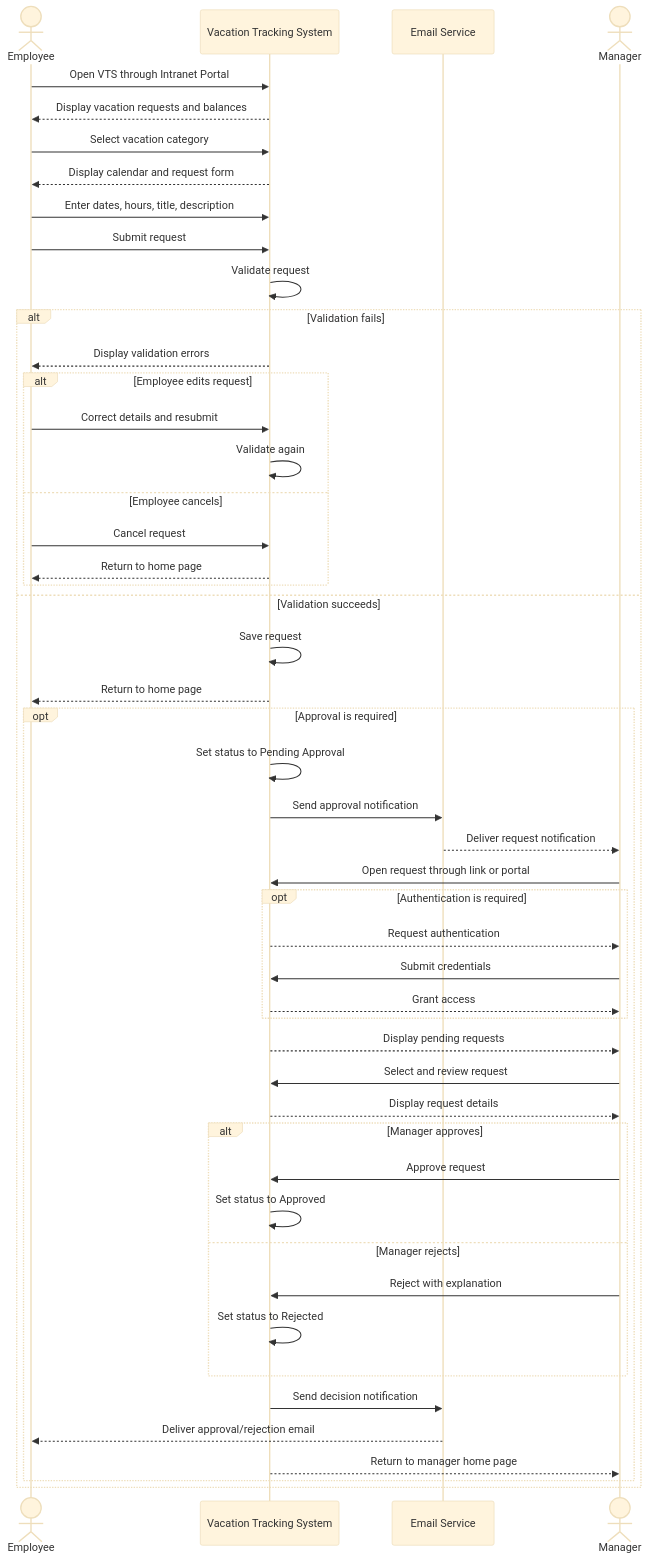
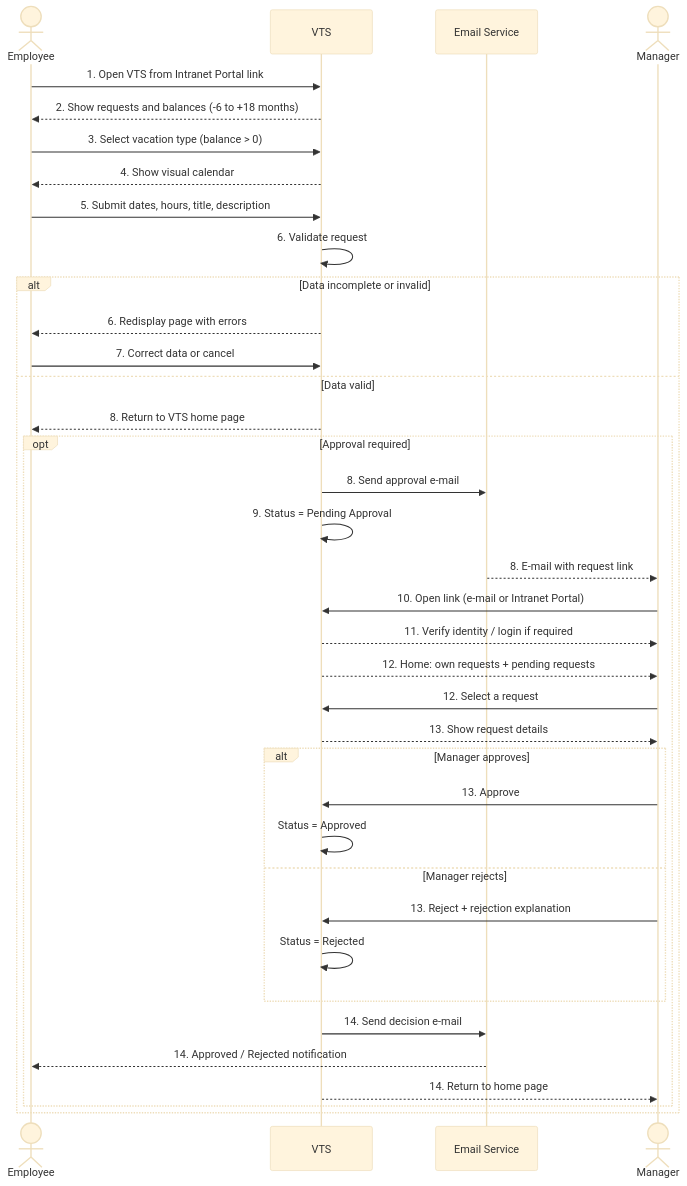
Before and after one commit to AhhmedNasser74/Vacation-Tracking-System: the fourth of 4 diagrams in README.md, drawn with Mermaid (base theme). The commit also changed other lines of this file, not shown here.

````diff
--- a/README.md
+++ b/README.md
@@ -443,58 +354,41 @@
 ```mermaid
 sequenceDiagram
-    actor Employee
-    participant VTS as Vacation Tracking System
-    participant Email as Email Service
-    actor Manager
+    actor E as Employee
+    participant V as VTS
+    participant M as Email Service
+    actor G as Manager
 
-    Employee->>VTS: Open VTS through Intranet Portal
-    VTS-->>Employee: Display vacation requests and balances
-    Employee->>VTS: Select vacation category
-    VTS-->>Employee: Display calendar and request form
-    Employee->>VTS: Enter dates, hours, title, description
-    Employee->>VTS: Submit request
-    VTS->>VTS: Validate request
+    E->>V: 1. Open VTS from Intranet Portal link
+    V-->>E: 2. Show requests and balances (-6 to +18 months)
+    E->>V: 3. Select vacation type (balance > 0)
+    V-->>E: 4. Show visual calendar
+    E->>V: 5. Submit dates, hours, title, description
+    V->>V: 6. Validate request
 
-    alt Validation fails
-        VTS-->>Employee: Display validation errors
-        alt Employee edits request
-            Employee->>VTS: Correct details and resubmit
-            VTS->>VTS: Validate again
-        else Employee cancels
-            Employee->>VTS: Cancel request
-            VTS-->>Employee: Return to home page
-        end
-    else Validation succeeds
-        VTS->>VTS: Save request
-        VTS-->>Employee: Return to home page
-
-        opt Approval is required
-            VTS->>VTS: Set status to Pending Approval
-            VTS->>Email: Send approval notification
-            Email-->>Manager: Deliver request notification
-            Manager->>VTS: Open request through link or portal
-
-            opt Authentication is required
-                VTS-->>Manager: Request authentication
-                Manager->>VTS: Submit credentials
-                VTS-->>Manager: Grant access
+    alt Data incomplete or invalid
+        V-->>E: 6. Redisplay page with errors
+        E->>V: 7. Correct data or cancel
+    else Data valid
+        V-->>E: 8. Return to VTS home page
+        opt Approval required
+            V->>M: 8. Send approval e-mail
+            V->>V: 9. Status = Pending Approval
+            M-->>G: 8. E-mail with request link
+            G->>V: 10. Open link (e-mail or Intranet Portal)
+            V-->>G: 11. Verify identity / login if required
+            V-->>G: 12. Home: own requests + pending requests
+            G->>V: 12. Select a request
+            V-->>G: 13. Show request details
+            alt Manager approves
+                G->>V: 13. Approve
+                V->>V: Status = Approved
+            else Manager rejects
+                G->>V: 13. Reject + rejection explanation
+                V->>V: Status = Rejected
             end
-
-            VTS-->>Manager: Display pending requests
-            Manager->>VTS: Select and review request
-            VTS-->>Manager: Display request details
-
-            alt Manager approves
-                Manager->>VTS: Approve request
-                VTS->>VTS: Set status to Approved
-            else Manager rejects
-                Manager->>VTS: Reject with explanation
-                VTS->>VTS: Set status to Rejected
-            end
-
-            VTS->>Email: Send decision notification
-            Email-->>Employee: Deliver approval/rejection email
-            VTS-->>Manager: Return to manager home page
+            V->>M: 14. Send decision e-mail
+            M-->>E: 14. Approved / Rejected notification
+            V-->>G: 14. Return to home page
         end
     end
 ```
````
